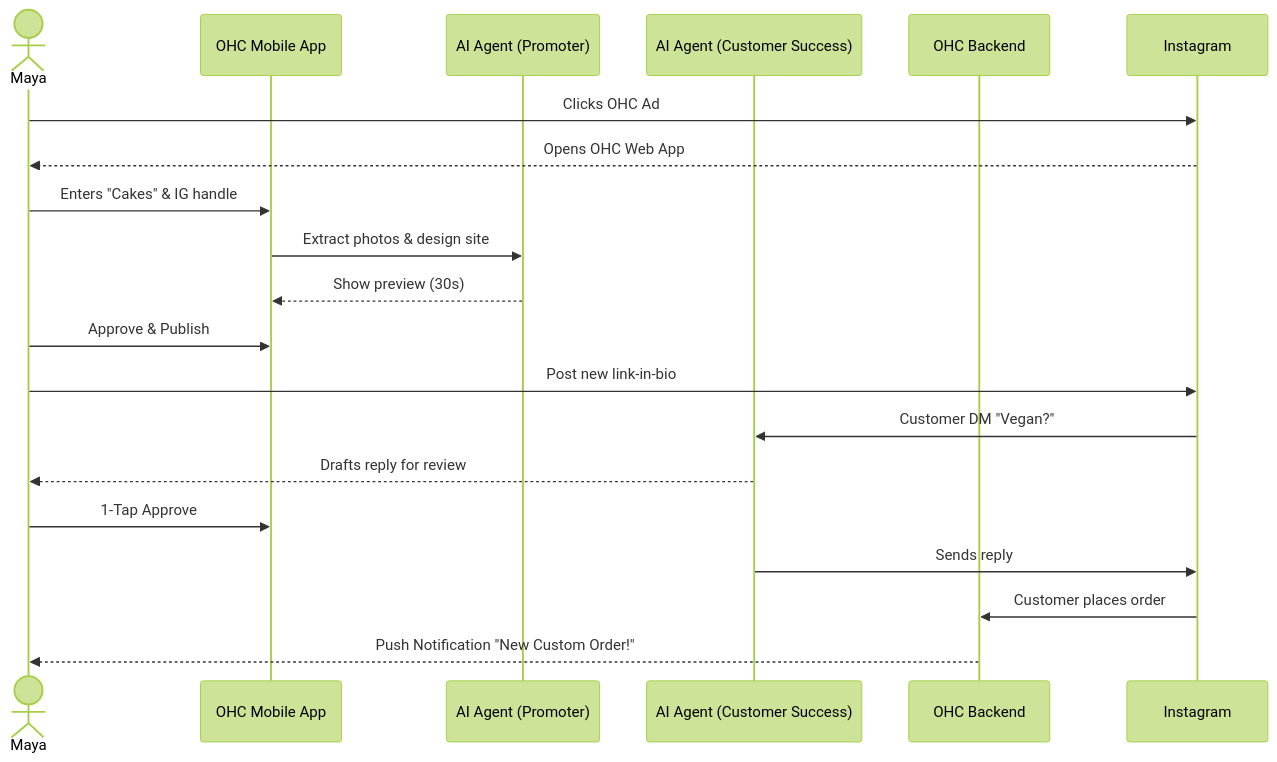
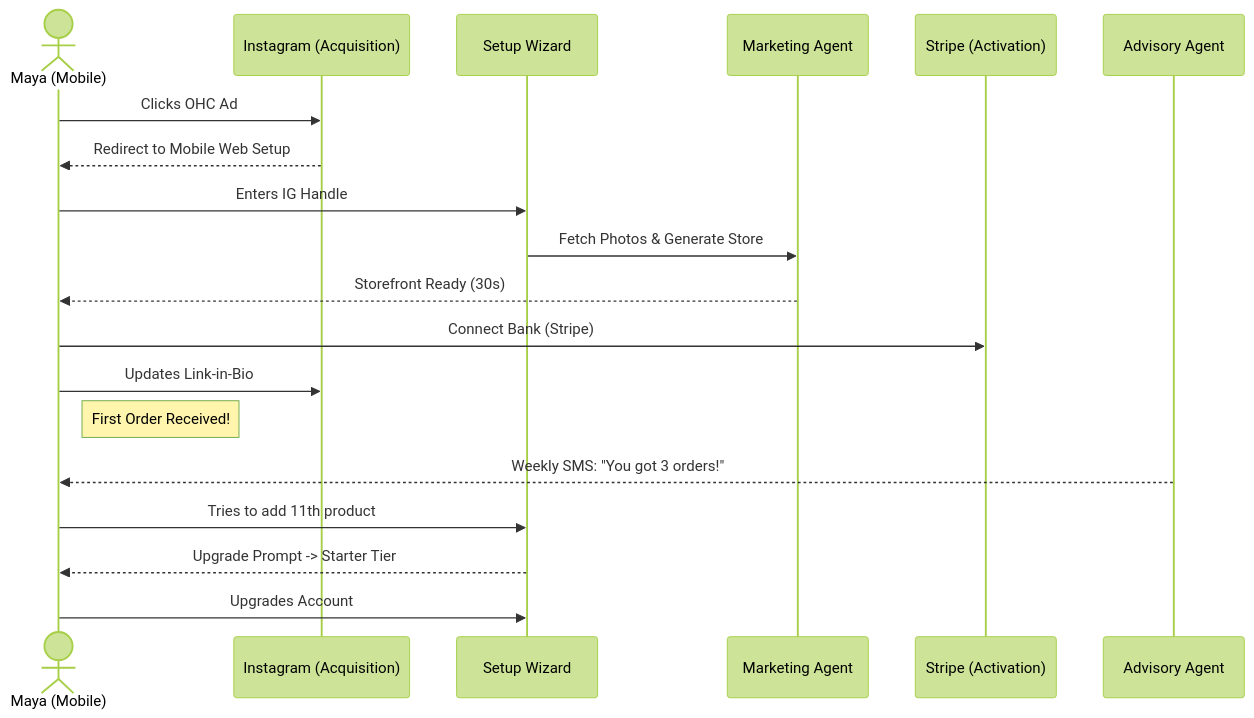
Before and after one commit to omnisolo-llc/onehumancorp: the first of 5 diagrams in docs/architecture/ohc_business_journey_architecture.md, drawn with Mermaid (forest theme). The commit also changed other lines of this file and 1 other file, not shown here.

First line of the commit message:
docs: update business journey architecture documentation

````diff
--- a/docs/architecture/ohc_business_journey_architecture.md
+++ b/docs/architecture/ohc_business_journey_architecture.md
@@ -18,23 +23,22 @@
 ```mermaid
 sequenceDiagram
-    actor Maya
-    participant OHC Mobile App
-    participant AI Agent (Promoter)
-    participant AI Agent (Customer Success)
-    participant OHC Backend
-    participant Instagram
+    actor M as Maya (Mobile)
+    participant IG as Instagram (Acquisition)
+    participant W as Setup Wizard
+    participant AI as Marketing Agent
+    participant S as Stripe (Activation)
+    participant Adv as Advisory Agent
 
-    Maya->>Instagram: Clicks OHC Ad
-    Instagram-->>Maya: Opens OHC Web App
-    Maya->>OHC Mobile App: Enters "Cakes" & IG handle
-    OHC Mobile App->>AI Agent (Promoter): Extract photos & design site
-    AI Agent (Promoter)-->>OHC Mobile App: Show preview (30s)
-    Maya->>OHC Mobile App: Approve & Publish
-    Maya->>Instagram: Post new link-in-bio
-    Instagram->>AI Agent (Customer Success): Customer DM "Vegan?"
-    AI Agent (Customer Success)-->>Maya: Drafts reply for review
-    Maya->>OHC Mobile App: 1-Tap Approve
-    AI Agent (Customer Success)->>Instagram: Sends reply
-    Instagram->>OHC Backend: Customer places order
-    OHC Backend-->>Maya: Push Notification "New Custom Order!"
+    M->>IG: Clicks OHC Ad
+    IG-->>M: Redirect to Mobile Web Setup
+    M->>W: Enters IG Handle
+    W->>AI: Fetch Photos & Generate Store
+    AI-->>M: Storefront Ready (30s)
+    M->>S: Connect Bank (Stripe)
+    M->>IG: Updates Link-in-Bio
+    note right of M: First Order Received!
+    Adv-->>M: Weekly SMS: "You got 3 orders!"
+    M->>W: Tries to add 11th product
+    W-->>M: Upgrade Prompt -> Starter Tier
+    M->>W: Upgrades Account
 ```
````
